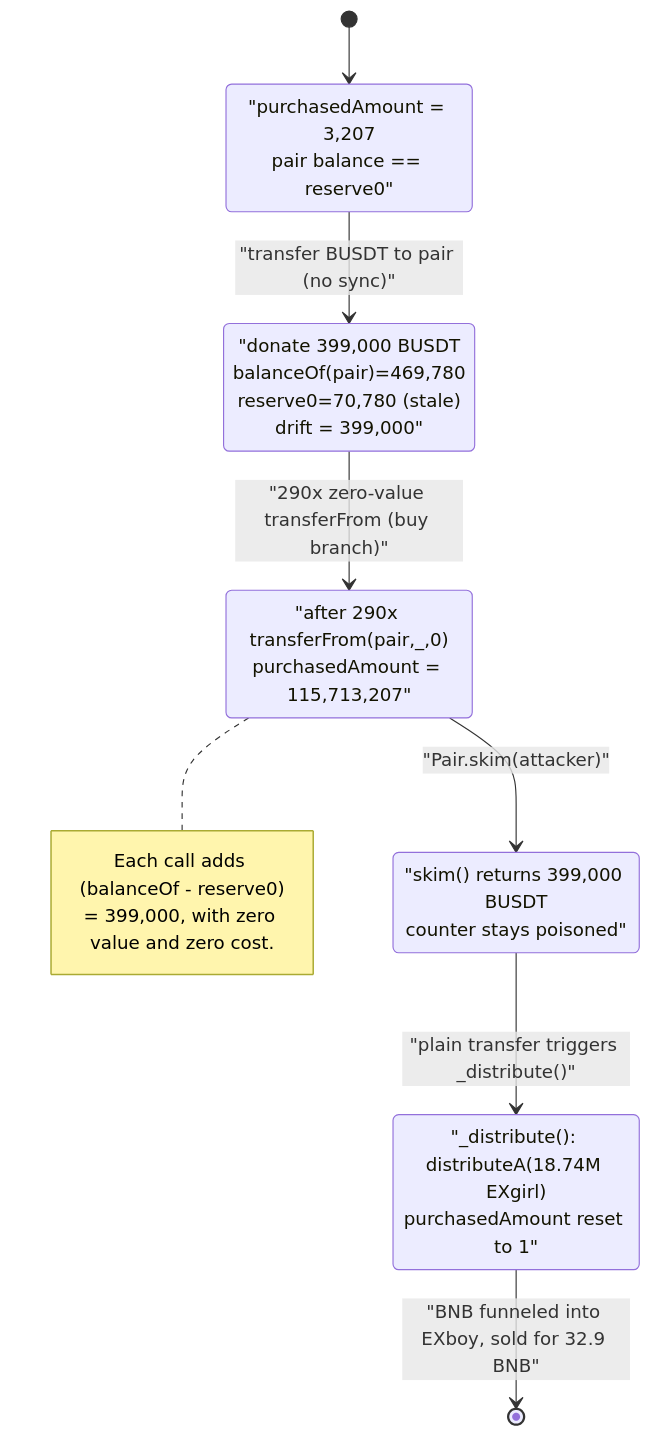
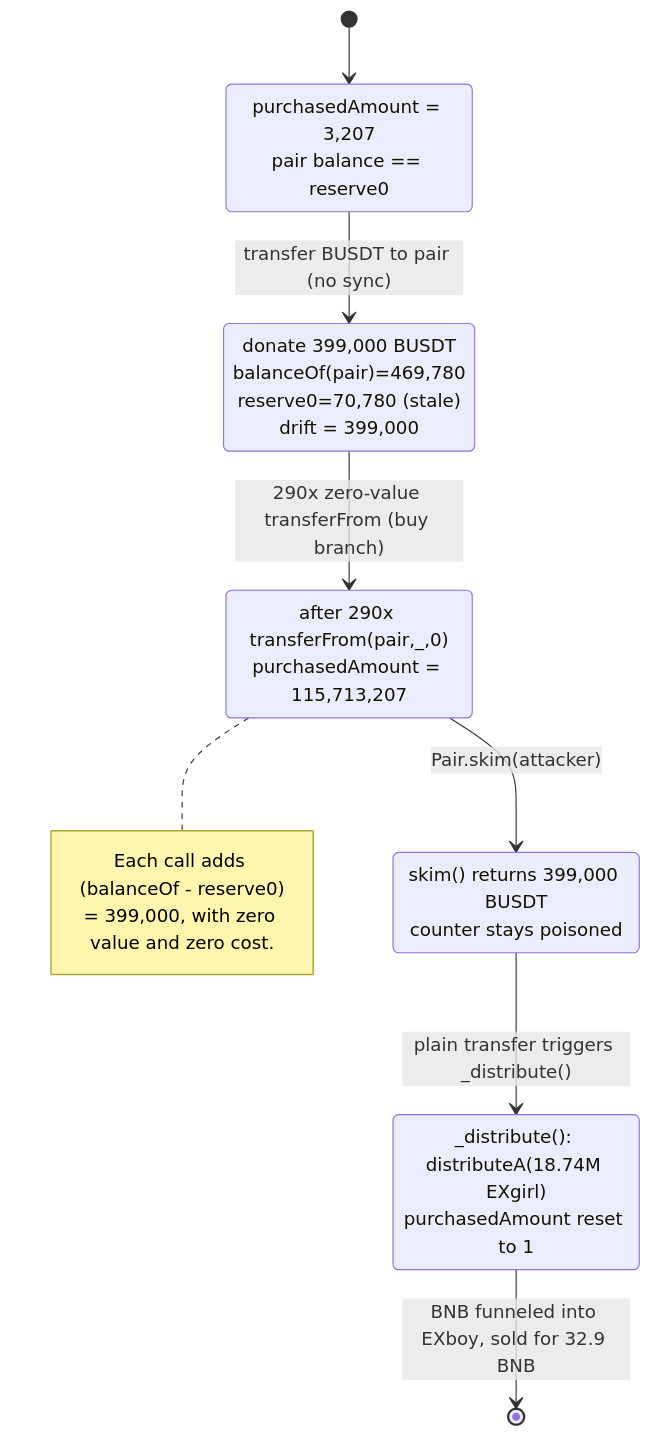
Before and after one commit to sanbir/evm-hack-registry: the second of 3 diagrams in 2024-05-EXcommunity_exp/EXcommunity_exp.md, drawn with Mermaid. The commit also changed 280 other files, not shown here.

Commit message:
mermaid fixes

````diff
--- a/2024-05-EXcommunity_exp/EXcommunity_exp.md
+++ b/2024-05-EXcommunity_exp/EXcommunity_exp.md
@@ -267,20 +267,20 @@
 ```mermaid
 stateDiagram-v2
     [*] --> Honest
-    Honest: "purchasedAmount = 3,207<br/>pair balance == reserve0"
-    Donated: "donate 399,000 BUSDT<br/>balanceOf(pair)=469,780<br/>reserve0=70,780 (stale)<br/>drift = 399,000"
-    Inflated: "after 290x transferFrom(pair,_,0)<br/>purchasedAmount = 115,713,207"
-    Skimmed: "skim() returns 399,000 BUSDT<br/>counter stays poisoned"
-    Dumped: "_distribute(): distributeA(18.74M EXgirl)<br/>purchasedAmount reset to 1"
+    Honest: purchasedAmount = 3,207<br/>pair balance == reserve0
+    Donated: donate 399,000 BUSDT<br/>balanceOf(pair)=469,780<br/>reserve0=70,780 (stale)<br/>drift = 399,000
+    Inflated: after 290x transferFrom(pair,_,0)<br/>purchasedAmount = 115,713,207
+    Skimmed: skim() returns 399,000 BUSDT<br/>counter stays poisoned
+    Dumped: _distribute()#58; distributeA(18.74M EXgirl)<br/>purchasedAmount reset to 1
 
-    Honest --> Donated: "transfer BUSDT to pair (no sync)"
-    Donated --> Inflated: "290x zero-value transferFrom (buy branch)"
-    Inflated --> Skimmed: "Pair.skim(attacker)"
-    Skimmed --> Dumped: "plain transfer triggers _distribute()"
-    Dumped --> [*]: "BNB funneled into EXboy, sold for 32.9 BNB"
+    Honest --> Donated: transfer BUSDT to pair (no sync)
+    Donated --> Inflated: 290x zero-value transferFrom (buy branch)
+    Inflated --> Skimmed: Pair.skim(attacker)
+    Skimmed --> Dumped: plain transfer triggers _distribute()
+    Dumped --> [*]: BNB funneled into EXboy, sold for 32.9 BNB
 
     note right of Inflated
         Each call adds (balanceOf - reserve0)
         = 399,000, with zero value and zero cost.
     end note
 ```
````
